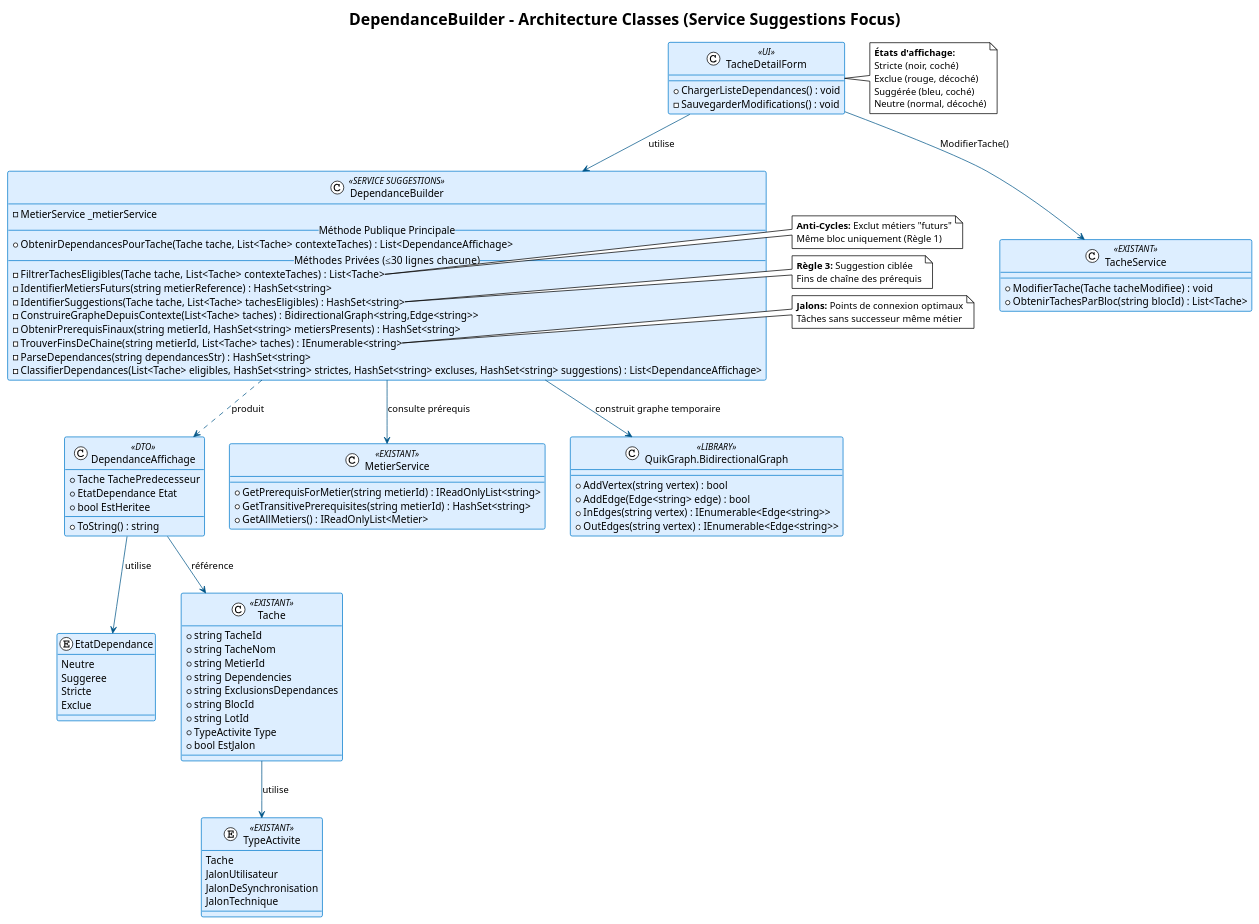
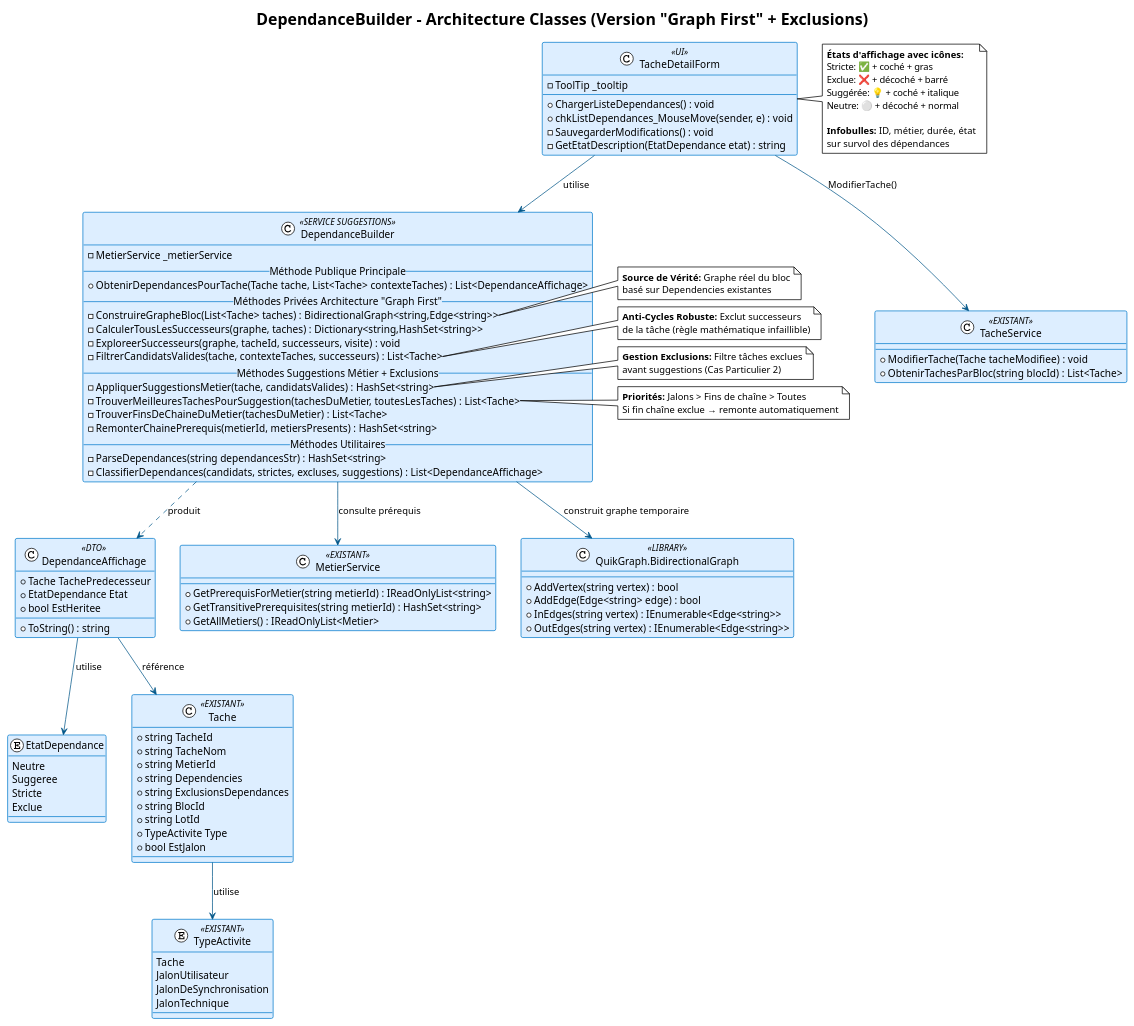
The diagram in Docs/V0.3.1ClassDependance.puml (edgardmaillot/PlanAthena), drawn with PlantUML before and after one commit. The commit also changed 15 other files, not shown here.

Commit message:
V0.3.3 Import des tâches intégré Fonctionne sans mapping intégré. Le mapping Dalux-> PlanAthena devra être planifié

```diff
--- a/Docs/V0.3.1ClassDependance.puml
+++ b/Docs/V0.3.1ClassDependance.puml
@@ -1,129 +1,144 @@
 @startuml
 !theme plain
 skinparam class {
   borderColor #007ACC
   backgroundColor #DDEEFF
   arrowColor #005588
 }
-title DependanceBuilder - Architecture Classes (Service Suggestions Focus)
+title DependanceBuilder - Architecture Classes (Version "Graph First" + Exclusions)
 
 ' ================================================
-' ===        CLASSE PRINCIPALE (SIMPLIFIÉE)     ===
+' ===        CLASSE PRINCIPALE (REFACTORISÉE)   ===
 ' ================================================
 class DependanceBuilder <<SERVICE SUGGESTIONS>> {
   -MetierService _metierService
   __Méthode Publique Principale__
   +ObtenirDependancesPourTache(Tache tache, List<Tache> contexteTaches) : List<DependanceAffichage>
-  __Méthodes Privées (≤30 lignes chacune)__
-  -FiltrerTachesEligibles(Tache tache, List<Tache> contexteTaches) : List<Tache>
-  -IdentifierMetiersFuturs(string metierReference) : HashSet<string>
-  -IdentifierSuggestions(Tache tache, List<Tache> tachesEligibles) : HashSet<string>
-  -ConstruireGrapheDepuisContexte(List<Tache> taches) : BidirectionalGraph<string,Edge<string>>
-  -ObtenirPrerequisFinaux(string metierId, HashSet<string> metiersPresents) : HashSet<string>
-  -TrouverFinsDeChaine(string metierId, List<Tache> taches) : IEnumerable<string>
+  __Méthodes Privées Architecture "Graph First"__
+  -ConstruireGrapheBloc(List<Tache> taches) : BidirectionalGraph<string,Edge<string>>
+  -CalculerTousLesSuccesseurs(graphe, taches) : Dictionary<string,HashSet<string>>
+  -ExploreerSuccesseurs(graphe, tacheId, successeurs, visite) : void
+  -FiltrerCandidatsValides(tache, contexteTaches, successeurs) : List<Tache>
+  __Méthodes Suggestions Métier + Exclusions__
+  -AppliquerSuggestionsMetier(tache, candidatsValides) : HashSet<string>
+  -TrouverMeilleuresTachesPourSuggestion(tachesDuMetier, toutesLesTaches) : List<Tache>
+  -TrouverFinsDeChaineDuMetier(tachesDuMetier) : List<Tache>
+  -RemonterChainePrerequis(metierId, metiersPresents) : HashSet<string>
+  __Méthodes Utilitaires__
   -ParseDependances(string dependancesStr) : HashSet<string>
-  -ClassifierDependances(List<Tache> eligibles, HashSet<string> strictes, HashSet<string> excluses, HashSet<string> suggestions) : List<DependanceAffichage>
+  -ClassifierDependances(candidats, strictes, excluses, suggestions) : List<DependanceAffichage>
 }
 
 ' ================================================
 ' ===           CLASSES DTO/UTILITAIRES         ===
 ' ================================================
 class DependanceAffichage <<DTO>> {
   +Tache TachePredecesseur
   +EtatDependance Etat  
   +bool EstHeritee
   +ToString() : string
 }
 
 enum EtatDependance {
   Neutre
   Suggeree  
   Stricte
   Exclue
 }
 
 ' ================================================
 ' ===      DÉPENDANCES EXTERNES (EXISTANTES)    ===
 ' ================================================
 class MetierService <<EXISTANT>> {
   +GetPrerequisForMetier(string metierId) : IReadOnlyList<string>
   +GetTransitivePrerequisites(string metierId) : HashSet<string>
   +GetAllMetiers() : IReadOnlyList<Metier>
 }
 
 class TacheService <<EXISTANT>> {
   +ModifierTache(Tache tacheModifiee) : void
   +ObtenirTachesParBloc(string blocId) : List<Tache>
 }
 
 class Tache <<EXISTANT>> {
   +string TacheId
   +string TacheNom  
   +string MetierId
   +string Dependencies
   +string ExclusionsDependances
   +string BlocId
   +string LotId
   +TypeActivite Type
   +bool EstJalon
 }
 
 enum TypeActivite <<EXISTANT>> {
   Tache
   JalonUtilisateur
   JalonDeSynchronisation
   JalonTechnique
 }
 
 class "QuikGraph.BidirectionalGraph" as BidirectionalGraph <<LIBRARY>> {
   +AddVertex(string vertex) : bool
   +AddEdge(Edge<string> edge) : bool  
   +InEdges(string vertex) : IEnumerable<Edge<string>>
   +OutEdges(string vertex) : IEnumerable<Edge<string>>
 }
 
 ' ================================================
 ' ===              UI INTERFACE                 ===
 ' ================================================
 class TacheDetailForm <<UI>> {
+  -ToolTip _tooltip
   +ChargerListeDependances() : void
+  +chkListDependances_MouseMove(sender, e) : void
   -SauvegarderModifications() : void
+  -GetEtatDescription(EtatDependance etat) : string
 }
 
 ' ================================================
 ' ===                RELATIONS                   ===
 ' ================================================
 TacheDetailForm --> DependanceBuilder : utilise
 DependanceBuilder --> MetierService : consulte prérequis
 DependanceBuilder --> BidirectionalGraph : construit graphe temporaire
 DependanceBuilder ..> DependanceAffichage : produit
 TacheDetailForm --> TacheService : ModifierTache()
 
 DependanceAffichage --> Tache : référence
 DependanceAffichage --> EtatDependance : utilise
 Tache --> TypeActivite : utilise
 
-note right of DependanceBuilder::FiltrerTachesEligibles
-  <b>Anti-Cycles:</b> Exclut métiers "futurs"
-  Même bloc uniquement (Règle 1)
+note right of DependanceBuilder::ConstruireGrapheBloc
+  <b>Source de Vérité:</b> Graphe réel du bloc
+  basé sur Dependencies existantes
 end note
 
-note right of DependanceBuilder::IdentifierSuggestions  
-  <b>Règle 3:</b> Suggestion ciblée
-  Fins de chaîne des prérequis
+note right of DependanceBuilder::FiltrerCandidatsValides
+  <b>Anti-Cycles Robuste:</b> Exclut successeurs
+  de la tâche (règle mathématique infaillible)
 end note
 
-note right of DependanceBuilder::TrouverFinsDeChaine
-  <b>Jalons:</b> Points de connexion optimaux
-  Tâches sans successeur même métier
+note right of DependanceBuilder::AppliquerSuggestionsMetier  
+  <b>Gestion Exclusions:</b> Filtre tâches exclues
+  avant suggestions (Cas Particulier 2)
+end note
+
+note right of DependanceBuilder::TrouverMeilleuresTachesPourSuggestion
+  <b>Priorités:</b> Jalons > Fins de chaîne > Toutes
+  Si fin chaîne exclue → remonte automatiquement
 end note
 
 note right of TacheDetailForm
-  <b>États d'affichage:</b>
-  Stricte (noir, coché)
-  Exclue (rouge, décoché)  
-  Suggérée (bleu, coché)
-  Neutre (normal, décoché)
+  <b>États d'affichage avec icônes:</b>
+  Stricte: ✅ + coché + gras
+  Exclue: ❌ + décoché + barré
+  Suggérée: 💡 + coché + italique
+  Neutre: ⚪ + décoché + normal
+  
+  <b>Infobulles:</b> ID, métier, durée, état
+  sur survol des dépendances
 end note
 
 @enduml
```
